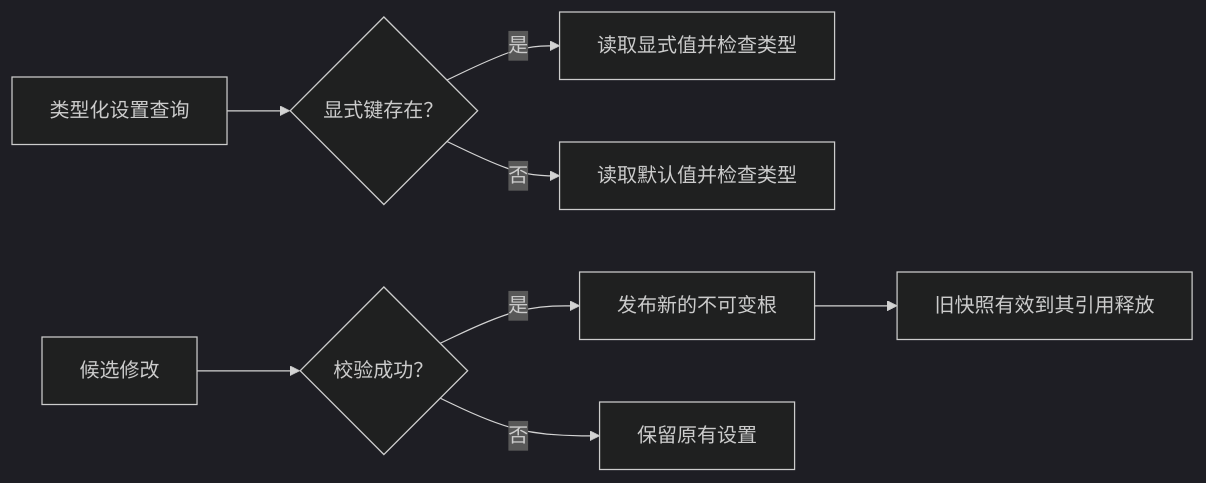
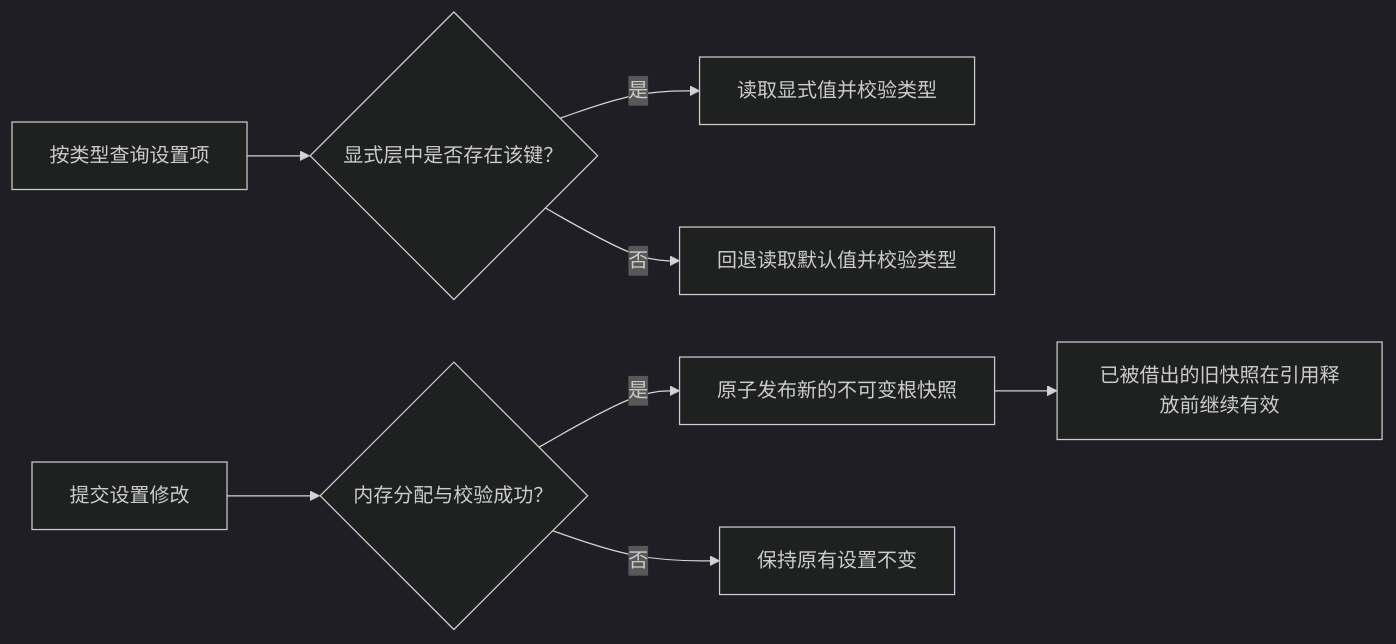
The second of 4 diagrams in docs/REFERENCE.zh-CN.md (HuangX666/hx_c_platform), drawn with Mermaid (dark theme) before and after one commit. The commit also changed other lines of this file and 135 other files, not shown here.

````diff
--- a/docs/REFERENCE.zh-CN.md
+++ b/docs/REFERENCE.zh-CN.md
@@ -797,10 +831,10 @@
 ```mermaid
 flowchart LR
-    A["类型化设置查询"] --> B{"显式键存在？"}
-    B -->|是| C["读取显式值并检查类型"]
-    B -->|否| D["读取默认值并检查类型"]
-    E["候选修改"] --> F{"校验成功？"}
-    F -->|是| G["发布新的不可变根"]
-    F -->|否| H["保留原有设置"]
-    G --> I["旧快照有效到其引用释放"]
+    A["按类型查询设置项"] --> B{"显式层中是否存在该键？"}
+    B -->|是| C["读取显式值并校验类型"]
+    B -->|否| D["回退读取默认值并校验类型"]
+    E["提交设置修改"] --> F{"内存分配与校验成功？"}
+    F -->|是| G["原子发布新的不可变根快照"]
+    F -->|否| H["保持原有设置不变"]
+    G --> I["已被借出的旧快照在引用释放前继续有效"]
 ```
````
